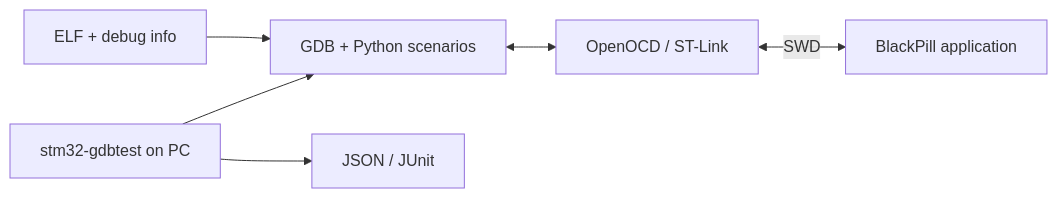
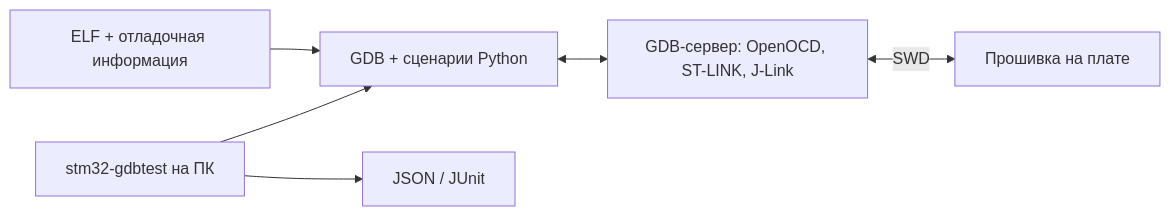
One commit to ViacheslavMezentsev/stm32-hwtest-blackpill changed the diagram in README.md. Above: the diagram before and after it, drawn with Mermaid. The commit also changed other lines of this file and 370 other files, not shown here.

````diff
--- a/README.md
+++ b/README.md
@@ -15,8 +14,8 @@
 ```mermaid
 flowchart LR
-    E["ELF + debug info"] --> G["GDB + Python scenarios"]
-    R["stm32-gdbtest on PC"] --> G
-    G <--> S["OpenOCD / ST-Link"]
-    S <-->|SWD| M["BlackPill application"]
+    E["ELF + отладочная информация"] --> G["GDB + сценарии Python"]
+    R["stm32-gdbtest на ПК"] --> G
+    G <--> S["GDB-сервер: OpenOCD, ST-LINK, J-Link"]
+    S <-->|SWD| M["Прошивка на плате"]
     R --> J["JSON / JUnit"]
 ```
````
